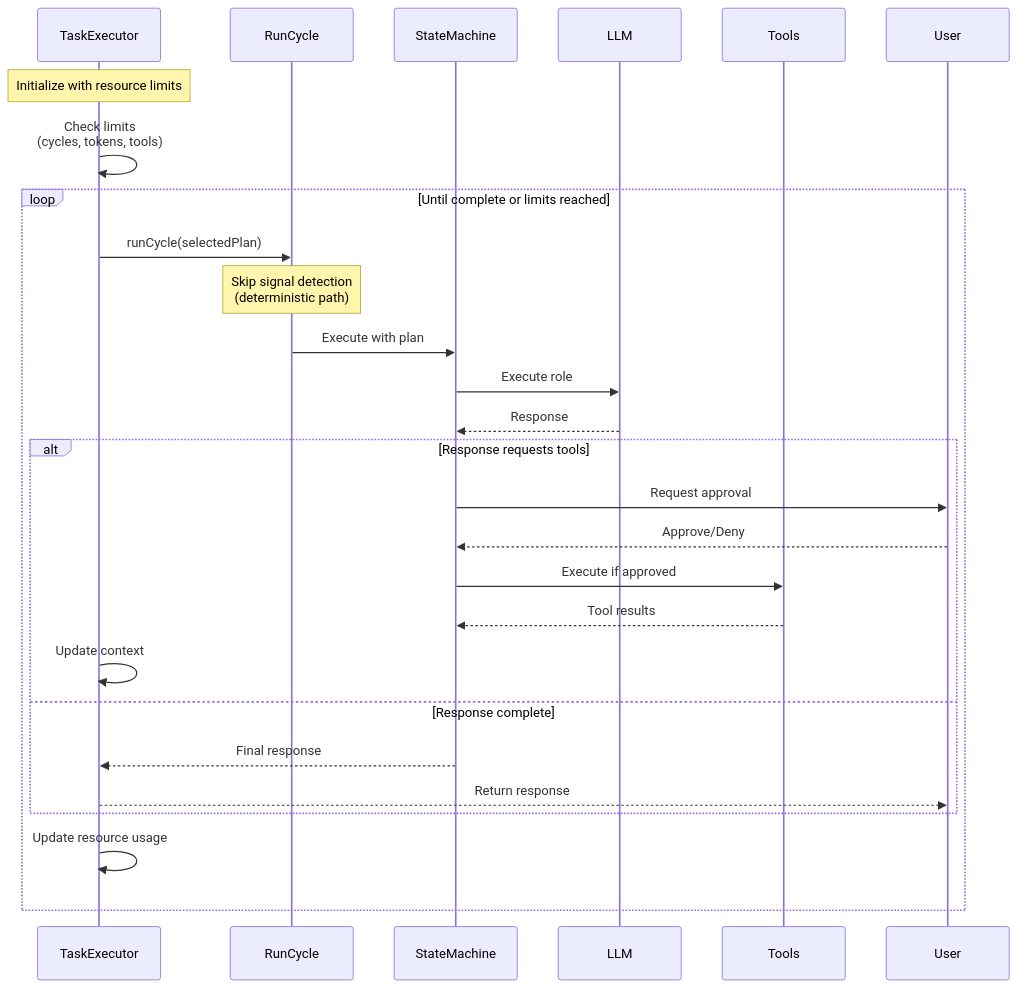
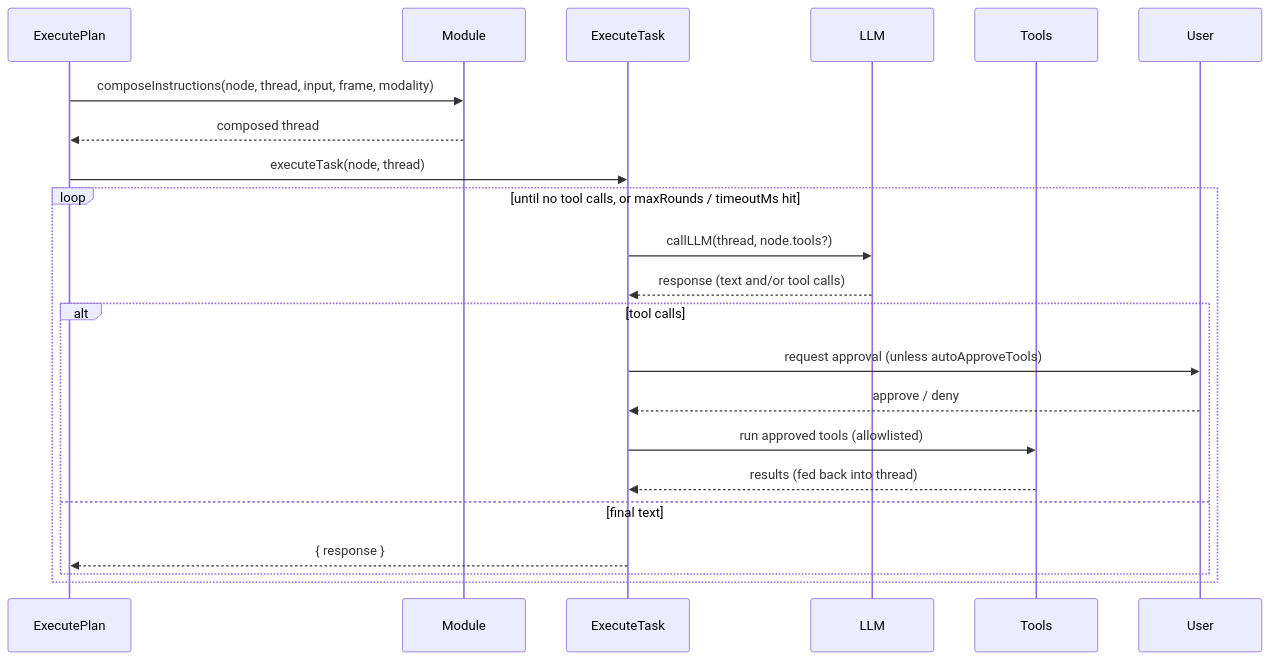
Before and after one commit to machellerogden/thinksuit: the fourth of 4 diagrams in docs/architecture-overview.md, drawn with Mermaid. The commit also changed other lines of this file and 129 other files, not shown here.

````diff
--- a/docs/architecture-overview.md
+++ b/docs/architecture-overview.md
@@ -278,33 +245,26 @@
 ```mermaid
 sequenceDiagram
-    participant TaskExecutor
-    participant RunCycle
-    participant StateMachine
+    participant ExecutePlan
+    participant Module
+    participant ExecuteTask
     participant LLM
     participant Tools
     participant User
 
-    Note over TaskExecutor: Initialize with resource limits
-    TaskExecutor->>TaskExecutor: Check limits<br/>(cycles, tokens, tools)
+    ExecutePlan->>Module: composeInstructions(node, thread, input, frame, modality)
+    Module-->>ExecutePlan: composed thread
+    ExecutePlan->>ExecuteTask: executeTask(node, thread)
 
-    loop Until complete or limits reached
-        TaskExecutor->>RunCycle: runCycle(selectedPlan)
-        Note over RunCycle: Skip signal detection<br/>(deterministic path)
-        RunCycle->>StateMachine: Execute with plan
-        StateMachine->>LLM: Execute role
-        LLM-->>StateMachine: Response
-
-        alt Response requests tools
-            StateMachine->>User: Request approval
-            User-->>StateMachine: Approve/Deny
-            StateMachine->>Tools: Execute if approved
-            Tools-->>StateMachine: Tool results
-            TaskExecutor->>TaskExecutor: Update context
-        else Response complete
-            StateMachine-->>TaskExecutor: Final response
-            TaskExecutor-->>User: Return response
+    loop until no tool calls, or maxRounds / timeoutMs hit
+        ExecuteTask->>LLM: callLLM(thread, node.tools?)
+        LLM-->>ExecuteTask: response (text and/or tool calls)
+        alt tool calls
+            ExecuteTask->>User: request approval (unless autoApproveTools)
+            User-->>ExecuteTask: approve / deny
+            ExecuteTask->>Tools: run approved tools (allowlisted)
+            Tools-->>ExecuteTask: results (fed back into thread)
+        else final text
+            ExecuteTask-->>ExecutePlan: { response }
         end
-
-        TaskExecutor->>TaskExecutor: Update resource usage
     end
 ```
````
